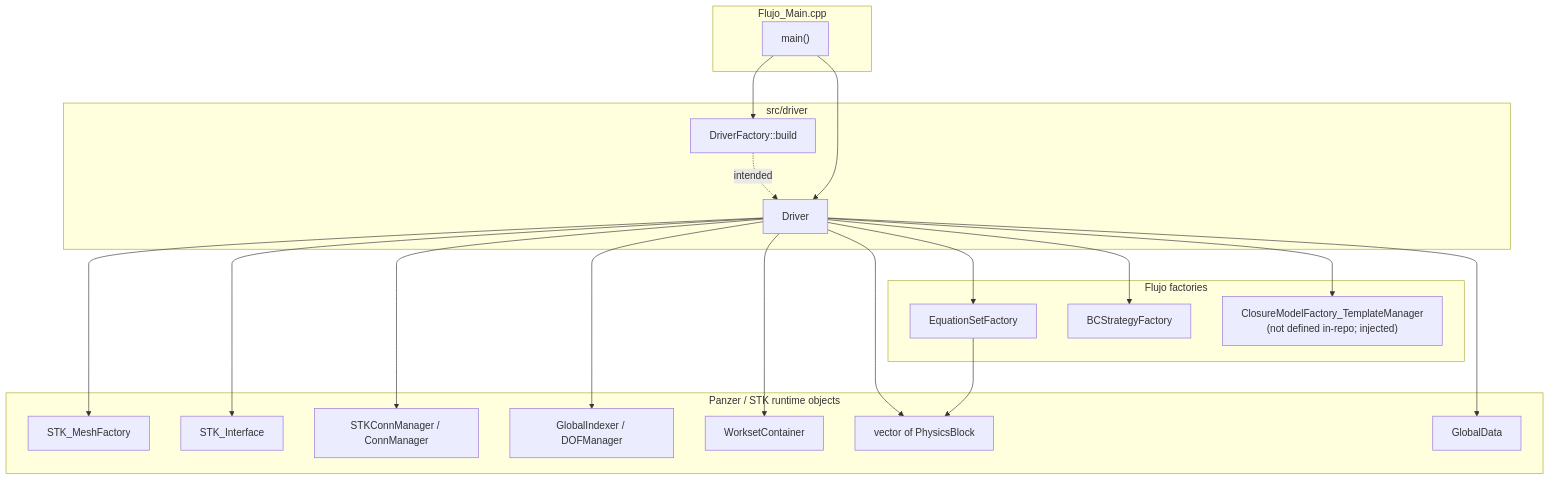
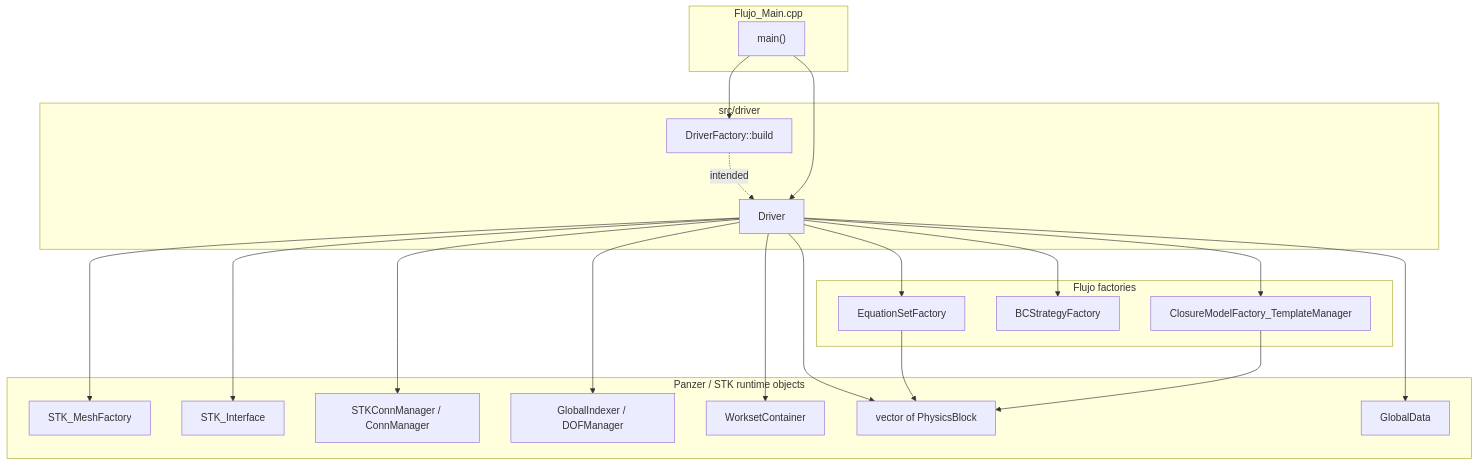
Before and after one commit to ssmabuza/nhlangano_linear: the second of 4 diagrams in docs/CODE_DOCUMENTATION.md, drawn with Mermaid. The commit also changed other lines of this file and 24 other files, not shown here.

````diff
--- a/docs/CODE_DOCUMENTATION.md
+++ b/docs/CODE_DOCUMENTATION.md
@@ -253,43 +341,44 @@
 ```mermaid
 flowchart TB
   subgraph Entry["Flujo_Main.cpp"]
     Main["main()"]
   end
 
   subgraph DriverLayer["src/driver"]
     DF["DriverFactory::build"]
     D["Driver"]
   end
 
   subgraph Factories["Flujo factories"]
     ESF["EquationSetFactory"]
     BCF["BCStrategyFactory"]
-    CM["ClosureModelFactory_TemplateManager\n(not defined in-repo; injected)"]
+    CM["ClosureModelFactory_TemplateManager"]
   end
 
   subgraph PanzerMesh["Panzer / STK runtime objects"]
     MF["STK_MeshFactory"]
     Mesh["STK_Interface"]
     CMgr["STKConnManager / ConnManager"]
     IDX["GlobalIndexer / DOFManager"]
     WS["WorksetContainer"]
     PB["vector of PhysicsBlock"]
     GD["GlobalData"]
   end
 
   Main --> DF
   DF -.->|intended| D
   Main --> D
   D --> ESF
   D --> BCF
   D --> CM
   D --> GD
   D --> MF
   D --> Mesh
   D --> PB
   D --> CMgr
   D --> IDX
   D --> WS
 
   ESF --> PB
+  CM --> PB
 ```
````
